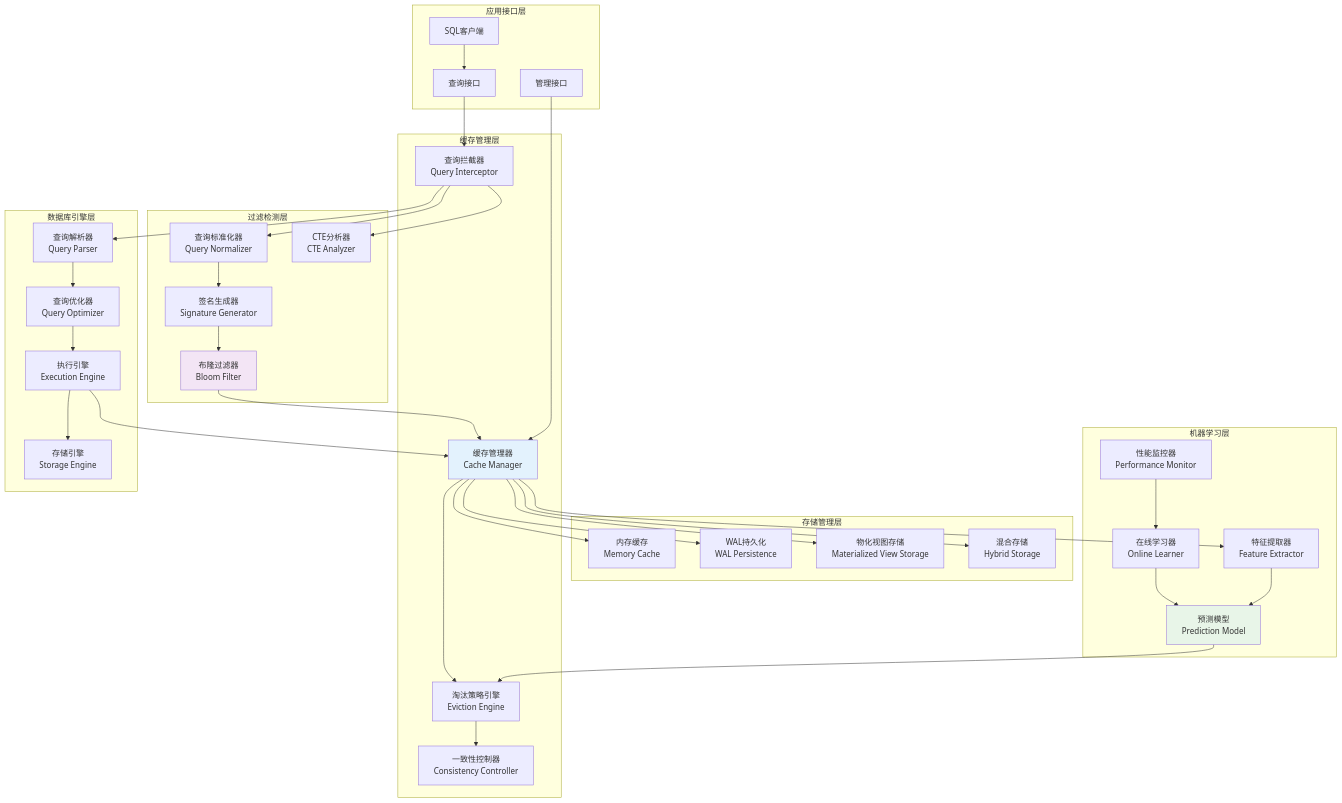
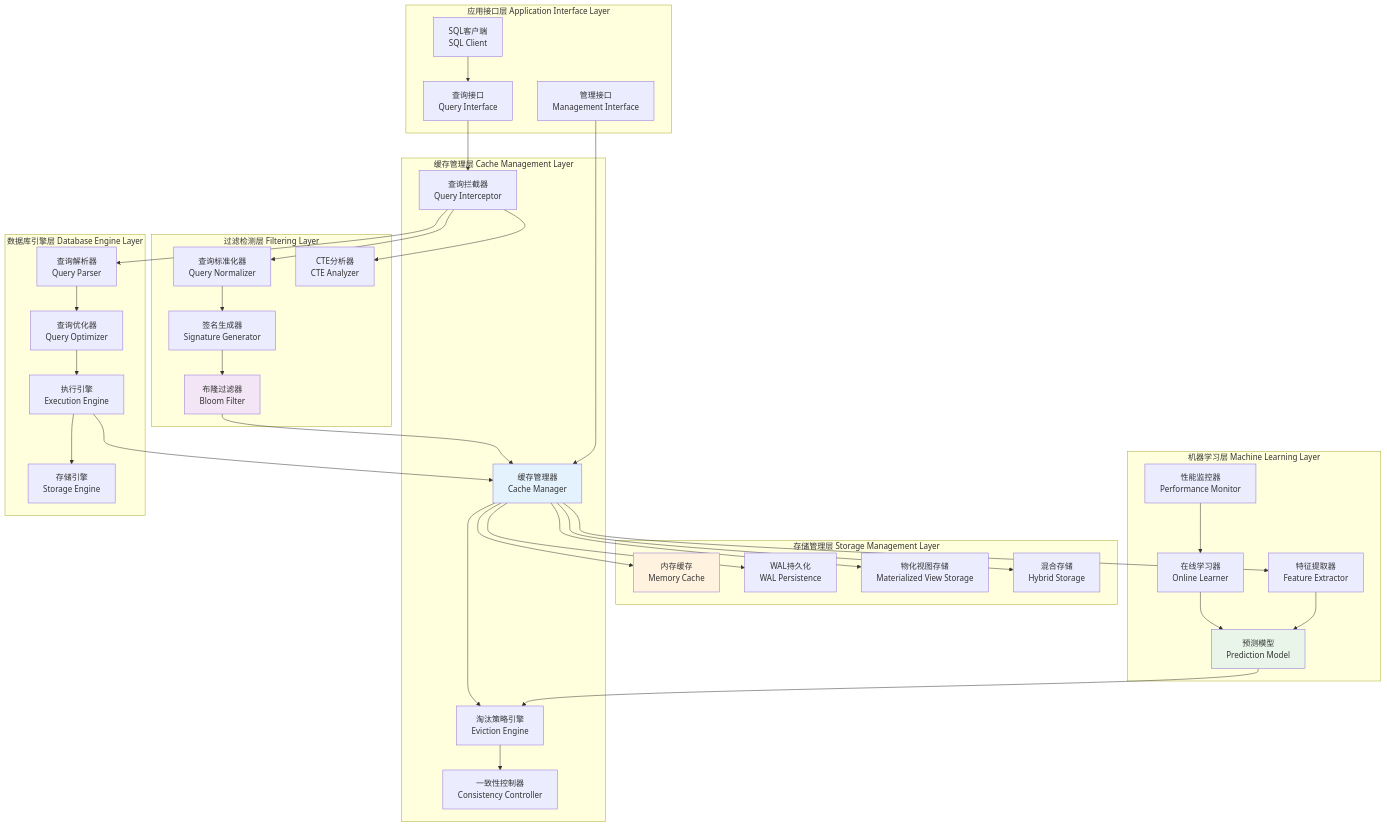
Before and after one commit to crazypenguincode/duckdb: the second of 13 diagrams in md/第三章-动态缓存管理.md, drawn with Mermaid. The commit also changed other lines of this file and 361 other files, not shown here.

````diff
--- a/md/第三章-动态缓存管理.md
+++ b/md/第三章-动态缓存管理.md
@@ -100,77 +125,78 @@
 ```mermaid
 graph TB
-    subgraph "应用接口层"
-        A1[SQL客户端]
-        A2[查询接口]
-        A3[管理接口]
+    subgraph "应用接口层 Application Interface Layer"
+        A1[SQL客户端<br/>SQL Client]
+        A2[查询接口<br/>Query Interface]
+        A3[管理接口<br/>Management Interface]
     end
     
-    subgraph "缓存管理层"
+    subgraph "缓存管理层 Cache Management Layer"
         B1[查询拦截器<br/>Query Interceptor]
         B2[缓存管理器<br/>Cache Manager]
         B3[淘汰策略引擎<br/>Eviction Engine]
         B4[一致性控制器<br/>Consistency Controller]
     end
     
-    subgraph "过滤检测层"
+    subgraph "过滤检测层 Filtering Layer"
         C1[布隆过滤器<br/>Bloom Filter]
         C2[签名生成器<br/>Signature Generator]
         C3[查询标准化器<br/>Query Normalizer]
         C4[CTE分析器<br/>CTE Analyzer]
     end
     
-    subgraph "存储管理层"
+    subgraph "存储管理层 Storage Management Layer"
         D1[内存缓存<br/>Memory Cache]
         D2[WAL持久化<br/>WAL Persistence]
         D3[物化视图存储<br/>Materialized View Storage]
         D4[混合存储<br/>Hybrid Storage]
     end
     
-    subgraph "机器学习层"
+    subgraph "机器学习层 Machine Learning Layer"
         E1[特征提取器<br/>Feature Extractor]
         E2[预测模型<br/>Prediction Model]
         E3[在线学习器<br/>Online Learner]
         E4[性能监控器<br/>Performance Monitor]
     end
     
-    subgraph "数据库引擎层"
+    subgraph "数据库引擎层 Database Engine Layer"
         F1[查询解析器<br/>Query Parser]
         F2[查询优化器<br/>Query Optimizer]
         F3[执行引擎<br/>Execution Engine]
         F4[存储引擎<br/>Storage Engine]
     end
     
     A1 --> A2
     A2 --> B1
     A3 --> B2
     
     B1 --> C3
     C3 --> C2
     C2 --> C1
     C1 --> B2
     B1 --> C4
     
     B2 --> D1
     B2 --> D2
     B2 --> D3
     B2 --> D4
     
     B2 --> E1
     E1 --> E2
     E2 --> B3
     E3 --> E2
     E4 --> E3
     
     B1 --> F1
     F1 --> F2
     F2 --> F3
     F3 --> F4
     F3 --> B2
     
     B2 --> B3
     B3 --> B4
     
     style B2 fill:#e3f2fd
     style C1 fill:#f3e5f5
     style E2 fill:#e8f5e8
+    style D1 fill:#fff3e0
 ```
````
